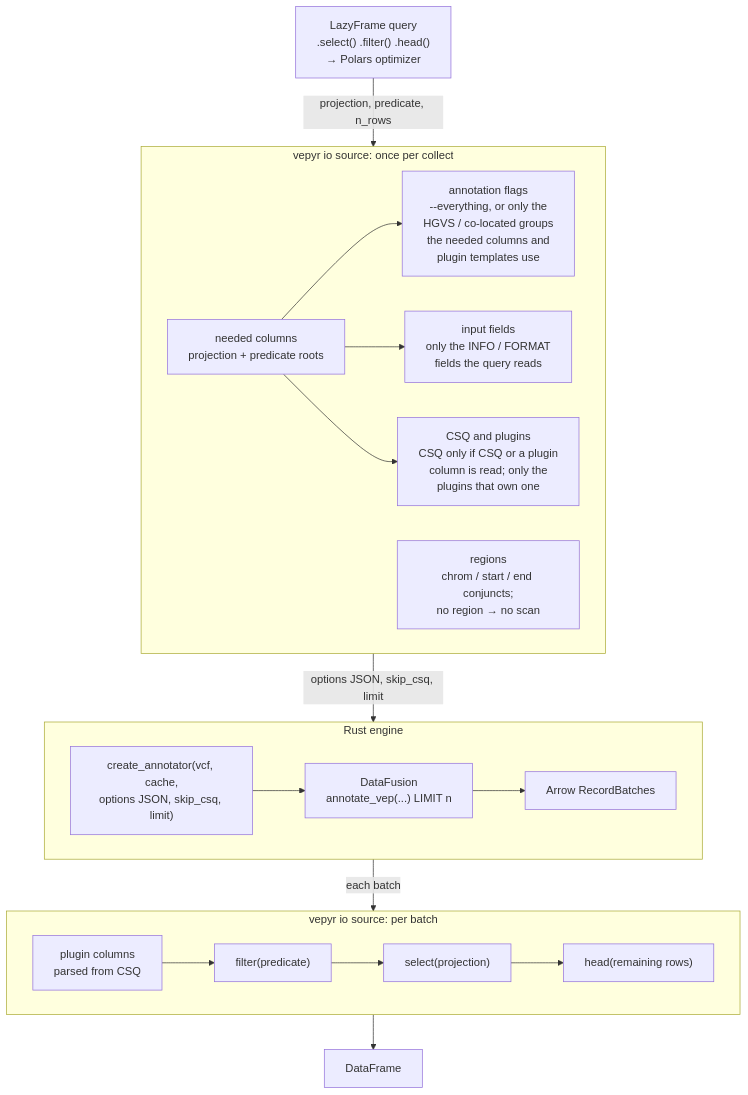
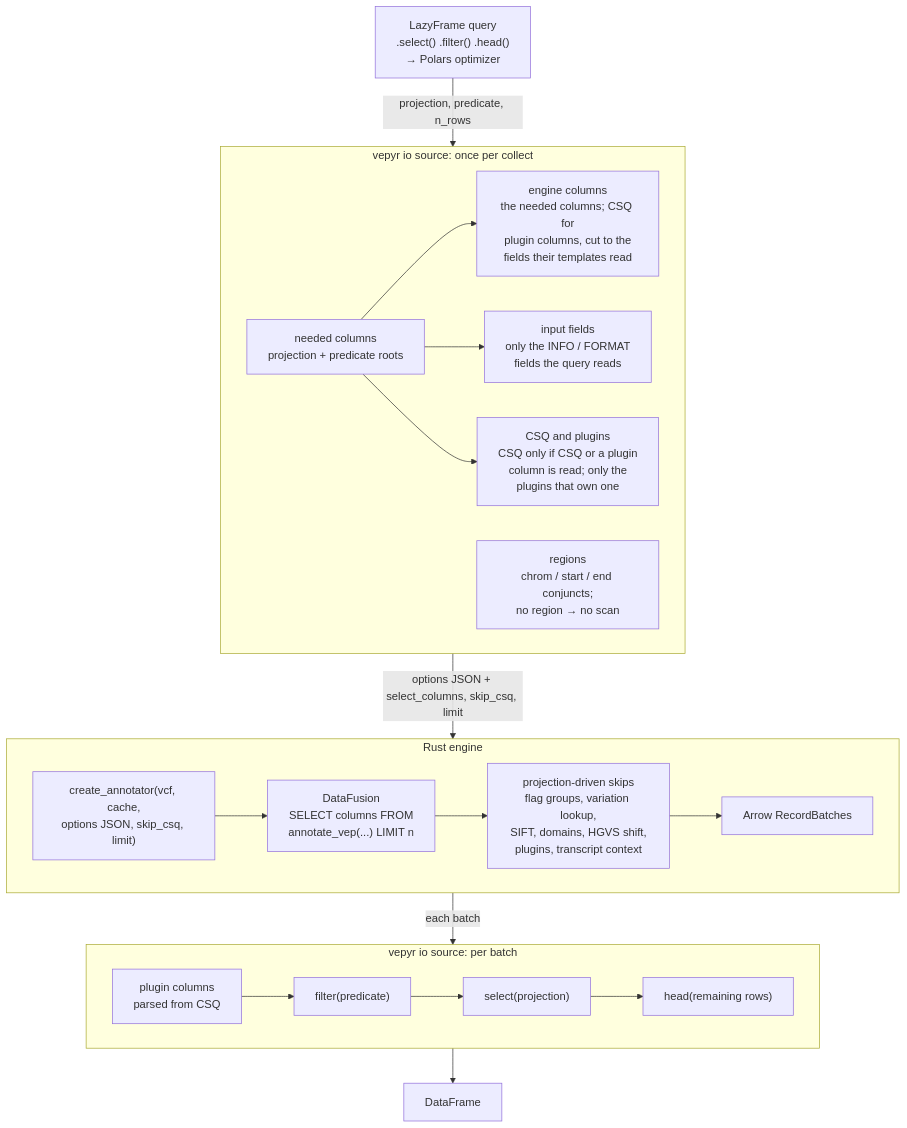
One commit to biodatageeks/vepyr changed the diagram in docs/diagrams/polars-pushdown.mmd. Above: the diagram before and after it, drawn with Mermaid. The commit also changed 11 other files, not shown here.

```diff
--- a/docs/diagrams/polars-pushdown.mmd
+++ b/docs/diagrams/polars-pushdown.mmd
@@ -1,36 +1,37 @@
 flowchart TB
     Q["LazyFrame query<br/>.select() .filter() .head()<br/>&rarr; Polars optimizer"]
 
     subgraph PLAN["vepyr io source: once per collect"]
         direction LR
         N["needed columns<br/>projection + predicate roots"]
-        F["annotation flags<br/>--everything, or only the<br/>HGVS / co-located groups<br/>the needed columns and<br/>plugin templates use"]
+        F["engine columns<br/>the needed columns; CSQ for<br/>plugin columns, cut to the<br/>fields their templates read"]
         I["input fields<br/>only the INFO / FORMAT<br/>fields the query reads"]
         S["CSQ and plugins<br/>CSQ only if CSQ or a plugin<br/>column is read; only the<br/>plugins that own one"]
         G["regions<br/>chrom / start / end conjuncts;<br/>no region &rarr; no scan"]
         N --> F
         N --> I
         N --> S
     end
 
     subgraph ENG["Rust engine"]
         direction LR
         C["create_annotator(vcf, cache,<br/>options JSON, skip_csq, limit)"]
-        D["DataFusion<br/>annotate_vep(...) LIMIT n"]
+        D["DataFusion<br/>SELECT columns FROM<br/>annotate_vep(...) LIMIT n"]
+        K["projection-driven skips<br/>flag groups, variation lookup,<br/>SIFT, domains, HGVS shift,<br/>plugins, transcript context"]
         B["Arrow RecordBatches"]
-        C --> D --> B
+        C --> D --> K --> B
     end
 
     subgraph BATCH["vepyr io source: per batch"]
         direction LR
         P["plugin columns<br/>parsed from CSQ"]
         FI["filter(predicate)"]
         SE["select(projection)"]
         H["head(remaining rows)"]
         P --> FI --> SE --> H
     end
 
     Q -->|"projection, predicate, n_rows"| PLAN
-    PLAN -->|"options JSON, skip_csq, limit"| ENG
+    PLAN -->|"options JSON + select_columns, skip_csq, limit"| ENG
     ENG -->|"each batch"| BATCH
     BATCH --> DF[DataFrame]
```
